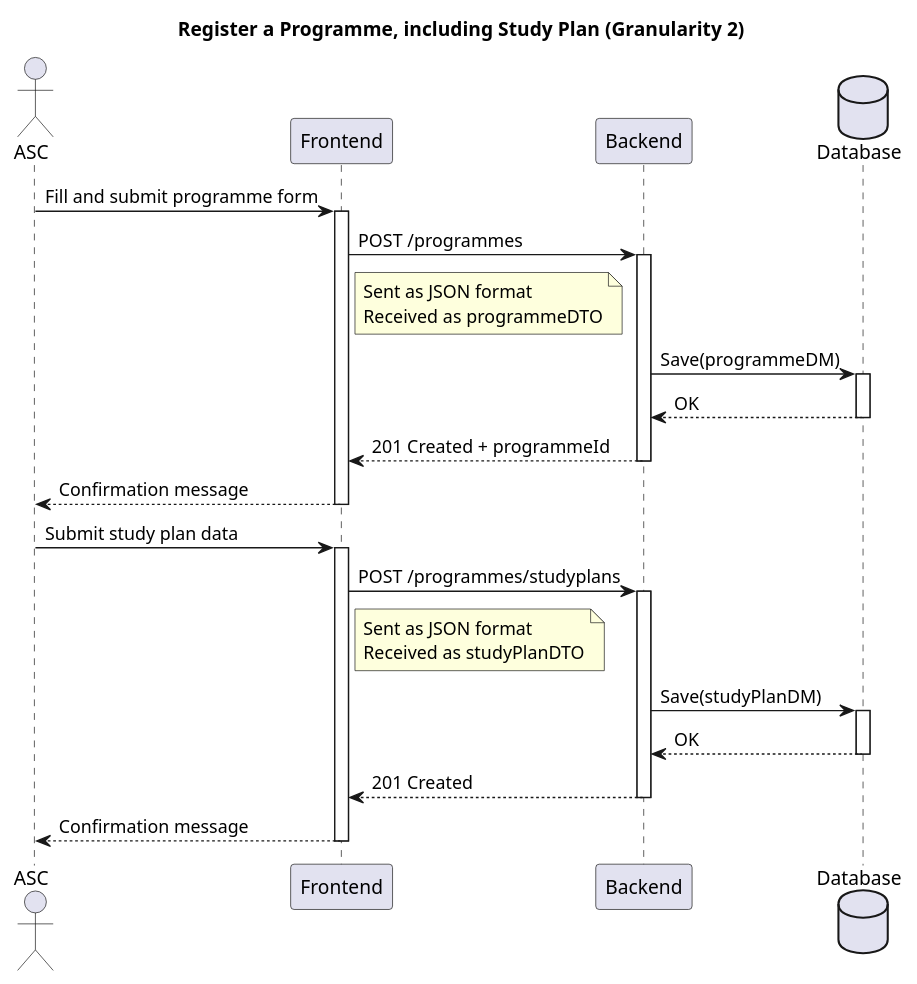
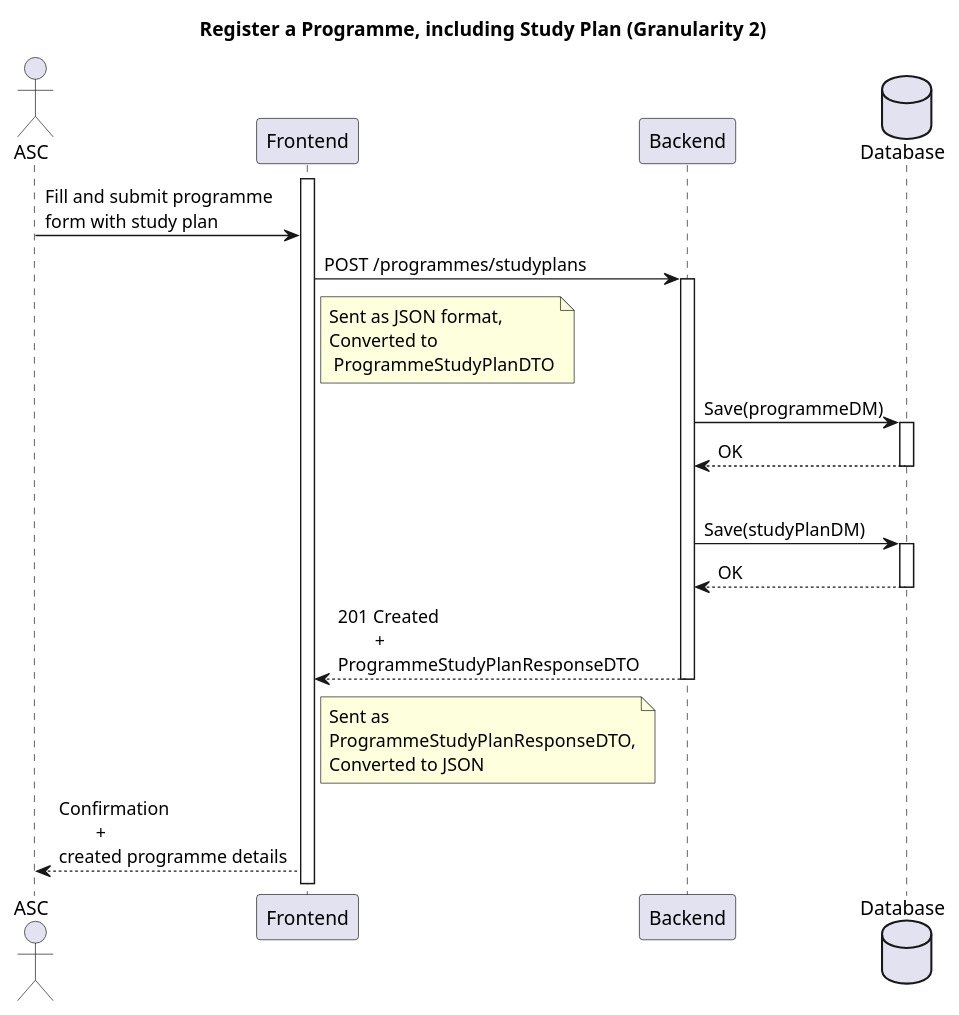
The diagram in docs/US27/Sprint6/ProcessView/Level2.puml (GasparISEP/DevOps-PAI), drawn with PlantUML before and after one commit.

Commit message:
Refactored level 2 processView for register programme, including study plan functionality. (Ref #527)

```diff
--- a/docs/US27/Sprint6/ProcessView/Level2.puml
+++ b/docs/US27/Sprint6/ProcessView/Level2.puml
@@ -1,50 +1,40 @@
 @startuml
 title Register a Programme, including Study Plan (Granularity 2)
+
 
 actor ASC
 participant Frontend
 participant Backend
 database Database
 
-ASC -> Frontend: Fill and submit programme form
 activate Frontend
+ASC -> Frontend: Fill and submit programme \nform with study plan
 
-Frontend -> Backend: POST /programmes
+Frontend -> Backend: POST /programmes/studyplans
 activate Backend
 note right Frontend
-  Sent as JSON format
-  Received as programmeDTO
+  Sent as JSON format,
+  Converted to
+   ProgrammeStudyPlanDTO
 end note
 
 Backend -> Database: Save(programmeDM)
 activate Database
 Database --> Backend: OK
 deactivate Database
-
-Backend --> Frontend: 201 Created + programmeId
-deactivate Backend
-
-Frontend --> ASC: Confirmation message
-deactivate Frontend
-
-ASC -> Frontend: Submit study plan data
-activate Frontend
-Frontend -> Backend: POST /programmes/studyplans
-activate Backend
-note right Frontend
-  Sent as JSON format
-  Received as studyPlanDTO
-end note
-
+|||
 Backend -> Database: Save(studyPlanDM)
 activate Database
 Database --> Backend: OK
 deactivate Database
 
-Backend --> Frontend: 201 Created
+Backend --> Frontend: 201 Created \n\t+ \nProgrammeStudyPlanResponseDTO\t
 deactivate Backend
+note right Frontend
+  Sent as
+  ProgrammeStudyPlanResponseDTO,
+  Converted to JSON
+end note
 
-Frontend --> ASC: Confirmation message
-deactivate Frontend
-
+Frontend --> ASC: Confirmation \n\t+ \ncreated programme details
 @enduml
```
